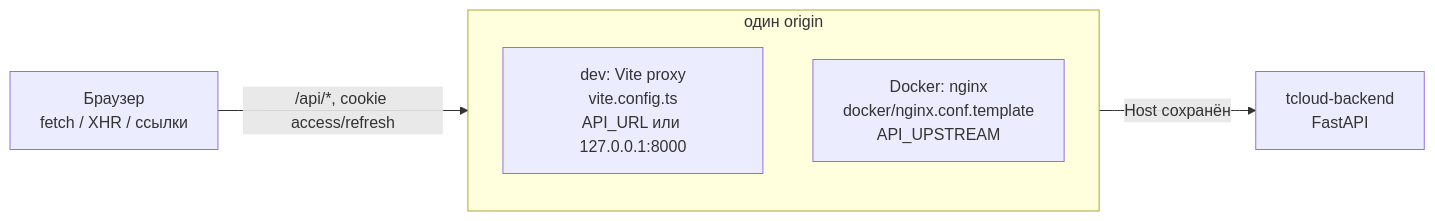
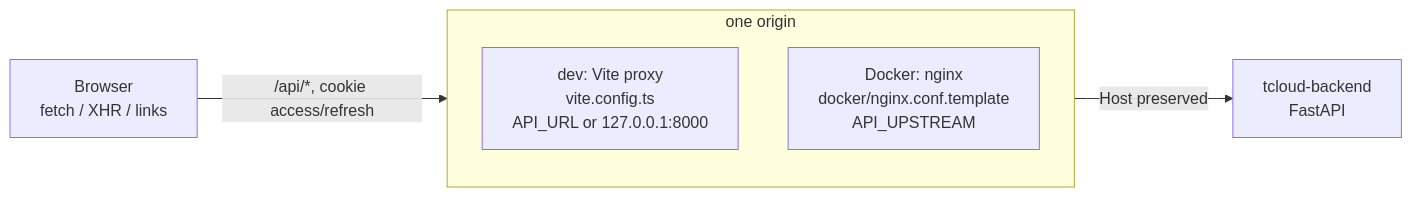
One commit to NikitkaZXC/tcloud-frontend changed the fourth of 8 diagrams in docs/architecture.md. Above: the diagram before and after it, drawn with Mermaid. The commit also changed other lines of this file and 8 other files, not shown here.

````diff
--- a/docs/architecture.md
+++ b/docs/architecture.md
@@ -101,9 +103,9 @@
 ```mermaid
 flowchart LR
-    browser["Браузер<br/>fetch / XHR / ссылки"] -- "/api/*, cookie access/refresh" --> proxy
-    subgraph proxy["один origin"]
-        vite["dev: Vite proxy<br/>vite.config.ts<br/>API_URL или 127.0.0.1:8000"]
+    browser["Browser<br/>fetch / XHR / links"] -- "/api/*, cookie access/refresh" --> proxy
+    subgraph proxy["one origin"]
+        vite["dev: Vite proxy<br/>vite.config.ts<br/>API_URL or 127.0.0.1:8000"]
         nginx["Docker: nginx<br/>docker/nginx.conf.template<br/>API_UPSTREAM"]
     end
-    proxy -- "Host сохранён" --> backend["tcloud-backend<br/>FastAPI"]
+    proxy -- "Host preserved" --> backend["tcloud-backend<br/>FastAPI"]
 ```
````
